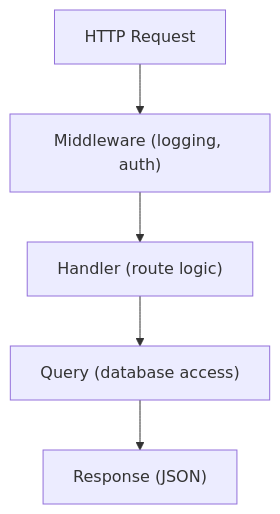
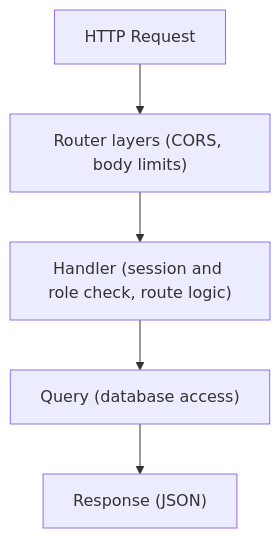
The diagram in docs/knowledge/operations/local-development-workflow.md (usmcamp0811/crystal-forge), drawn with Mermaid before and after one commit. The commit also changed other lines of this file and 39 other files, not shown here.

````diff
--- a/docs/knowledge/operations/local-development-workflow.md
+++ b/docs/knowledge/operations/local-development-workflow.md
@@ -67,8 +67,8 @@
 ```mermaid
 %% diagram-id: core-local-development-request-path
 flowchart TD
-    Request["HTTP Request"] --> Middleware["Middleware (logging, auth)"]
-    Middleware --> Handler["Handler (route logic)"]
+    Request["HTTP Request"] --> Layers["Router layers (CORS, body limits)"]
+    Layers --> Handler["Handler (session and role check, route logic)"]
     Handler --> Query["Query (database access)"]
     Query --> Response["Response (JSON)"]
 ```
````
